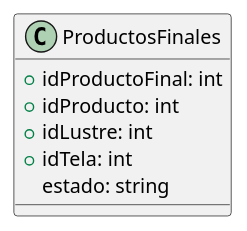
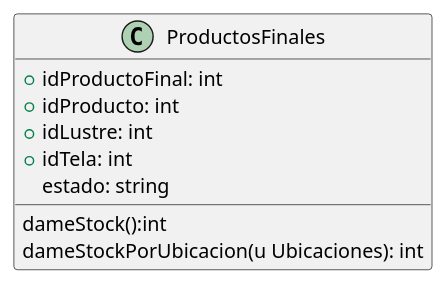
Before and after one commit to ZMGestion/DocumentacionZMGestion: the diagram in DiagramaClases/Clases/ProductosFinales.puml, drawn with PlantUML. The commit also changed 27 other files, not shown here.

```diff
--- a/DiagramaClases/Clases/ProductosFinales.puml
+++ b/DiagramaClases/Clases/ProductosFinales.puml
@@ -1,11 +1,14 @@
 @startuml ProductosFinales
 class ProductosFinales{
     +idProductoFinal: int   
     +idProducto: int
     +idLustre: int
     +idTela: int
     estado: string
 
+    dameStock():int
+    dameStockPorUbicacion(u Ubicaciones): int
+
     
 }
 @enduml
```
